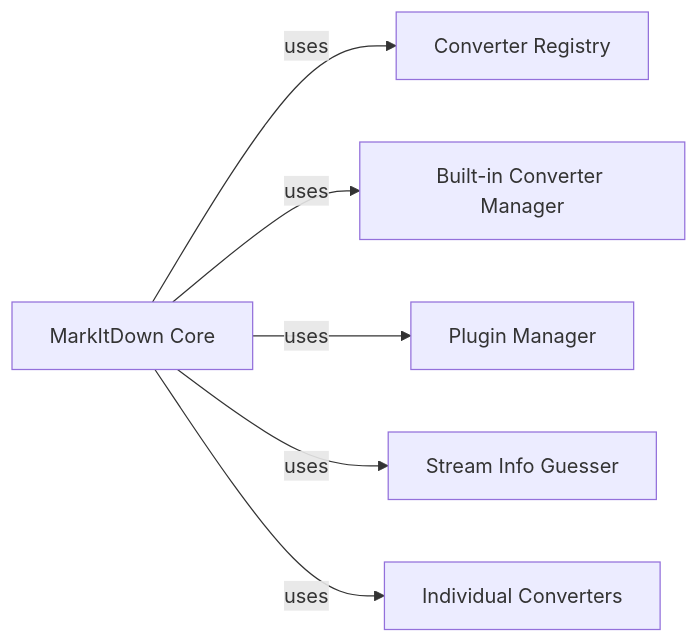
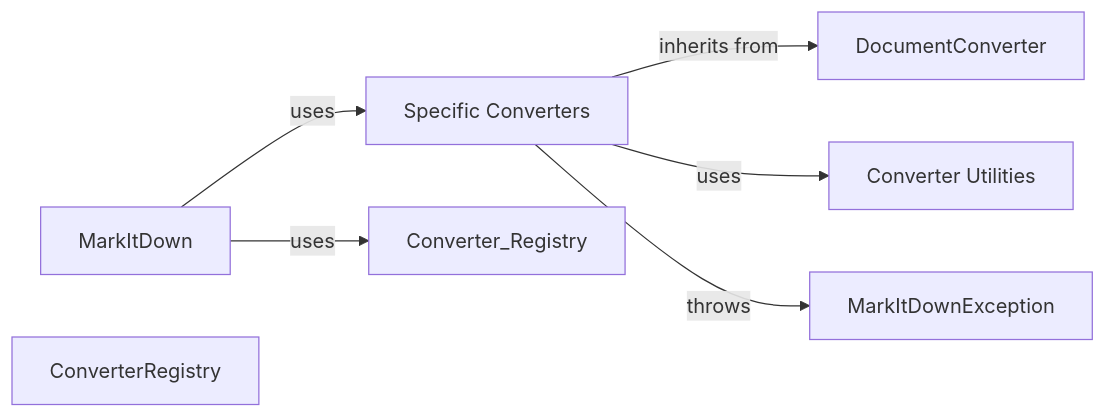
Before and after one commit to CodeBoarding/GeneratedOnBoardings: the diagram in markitdown/MarkItDown_Core.md, drawn with Mermaid. The commit also changed other lines of this file and 6 other files, not shown here.

````diff
--- a/markitdown/MarkItDown_Core.md
+++ b/markitdown/MarkItDown_Core.md
@@ -1,15 +1,15 @@
 ```mermaid
 graph LR
-    MarkItDown_Core["MarkItDown Core"]
-    Converter_Registry["Converter Registry"]
-    Built_in_Converter_Manager["Built-in Converter Manager"]
-    Plugin_Manager["Plugin Manager"]
-    Stream_Info_Guesser["Stream Info Guesser"]
-    Individual_Converters["Individual Converters"]
-    MarkItDown_Core -- "uses" --> Converter_Registry
-    MarkItDown_Core -- "uses" --> Built_in_Converter_Manager
-    MarkItDown_Core -- "uses" --> Plugin_Manager
-    MarkItDown_Core -- "uses" --> Stream_Info_Guesser
-    MarkItDown_Core -- "uses" --> Individual_Converters
-    click MarkItDown_Core href "https://github.com/CodeBoarding/GeneratedOnBoardings/blob/main//markitdown/MarkItDown_Core.md" "Details"
+    MarkItDown["MarkItDown"]
+    DocumentConverter["DocumentConverter"]
+    ConverterRegistry["ConverterRegistry"]
+    Specific_Converters["Specific Converters"]
+    MarkItDownException["MarkItDownException"]
+    Converter_Utilities["Converter Utilities"]
+    MarkItDown -- "uses" --> Converter_Registry
+    MarkItDown -- "uses" --> Specific_Converters
+    Specific_Converters -- "inherits from" --> DocumentConverter
+    Specific_Converters -- "uses" --> Converter_Utilities
+    Specific_Converters -- "throws" --> MarkItDownException
+    click MarkItDown href "https://github.com/CodeBoarding/GeneratedOnBoardings/blob/main//markitdown/MarkItDown.md" "Details"
 ```
````
